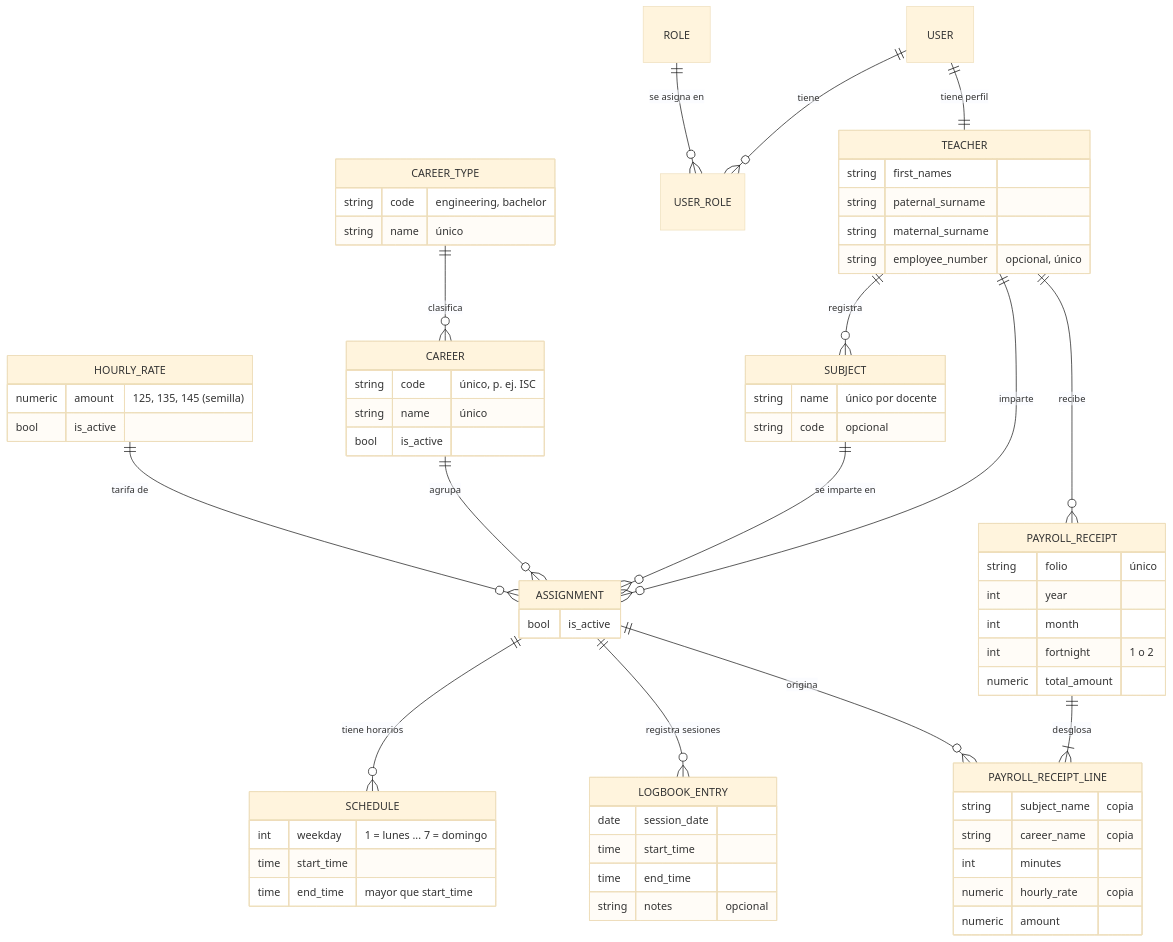
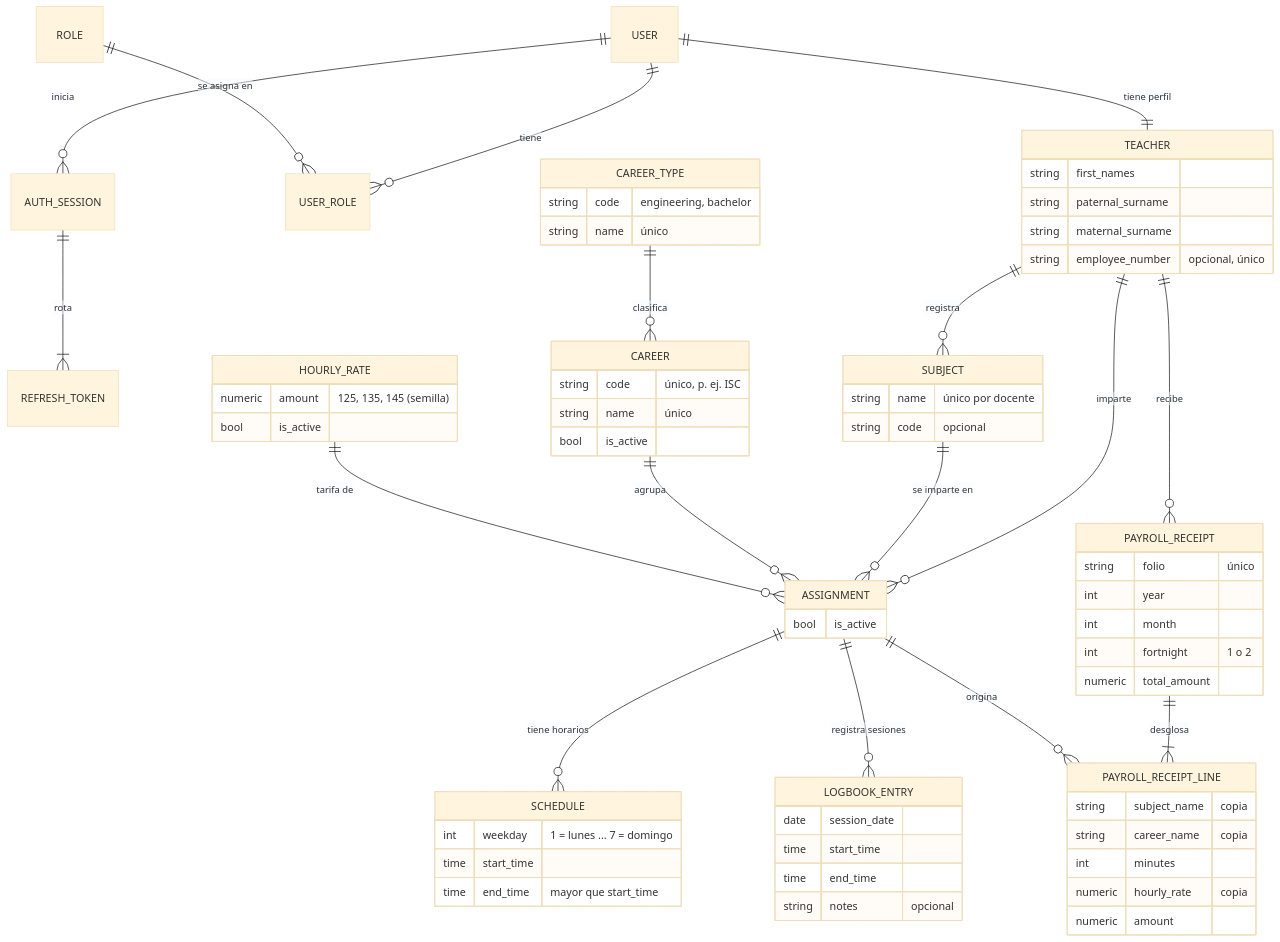
One commit to Joryox/nomina-docente changed the sixth of 7 diagrams in docs/arquitectura.md. Above: the diagram before and after it, drawn with Mermaid (base theme). The commit also changed other lines of this file and 5 other files, not shown here.

````diff
--- a/docs/arquitectura.md
+++ b/docs/arquitectura.md
@@ -183,72 +191,74 @@
 ```mermaid
 erDiagram
     USER ||--|| TEACHER : "tiene perfil"
     USER ||--o{ USER_ROLE : "tiene"
     ROLE ||--o{ USER_ROLE : "se asigna en"
+    USER ||--o{ AUTH_SESSION : "inicia"
+    AUTH_SESSION ||--|{ REFRESH_TOKEN : "rota"
 
     TEACHER ||--o{ SUBJECT : "registra"
     TEACHER ||--o{ ASSIGNMENT : "imparte"
     SUBJECT ||--o{ ASSIGNMENT : "se imparte en"
     CAREER ||--o{ ASSIGNMENT : "agrupa"
     HOURLY_RATE ||--o{ ASSIGNMENT : "tarifa de"
     CAREER_TYPE ||--o{ CAREER : "clasifica"
 
     ASSIGNMENT ||--o{ SCHEDULE : "tiene horarios"
     ASSIGNMENT ||--o{ LOGBOOK_ENTRY : "registra sesiones"
 
     TEACHER ||--o{ PAYROLL_RECEIPT : "recibe"
     PAYROLL_RECEIPT ||--|{ PAYROLL_RECEIPT_LINE : "desglosa"
     ASSIGNMENT ||--o{ PAYROLL_RECEIPT_LINE : "origina"
 
     TEACHER {
         string first_names
         string paternal_surname
         string maternal_surname
         string employee_number "opcional, único"
     }
     CAREER_TYPE {
         string code "engineering, bachelor"
         string name "único"
     }
     CAREER {
         string code "único, p. ej. ISC"
         string name "único"
         bool is_active
     }
     SUBJECT {
         string name "único por docente"
         string code "opcional"
     }
     HOURLY_RATE {
         numeric amount "125, 135, 145 (semilla)"
         bool is_active
     }
     ASSIGNMENT {
         bool is_active
     }
     SCHEDULE {
         int weekday "1 = lunes ... 7 = domingo"
         time start_time
         time end_time "mayor que start_time"
     }
     LOGBOOK_ENTRY {
         date session_date
         time start_time
         time end_time
         string notes "opcional"
     }
     PAYROLL_RECEIPT {
         string folio "único"
         int year
         int month
         int fortnight "1 o 2"
         numeric total_amount
     }
     PAYROLL_RECEIPT_LINE {
         string subject_name "copia"
         string career_name "copia"
         int minutes
         numeric hourly_rate "copia"
         numeric amount
     }
 ```
````
